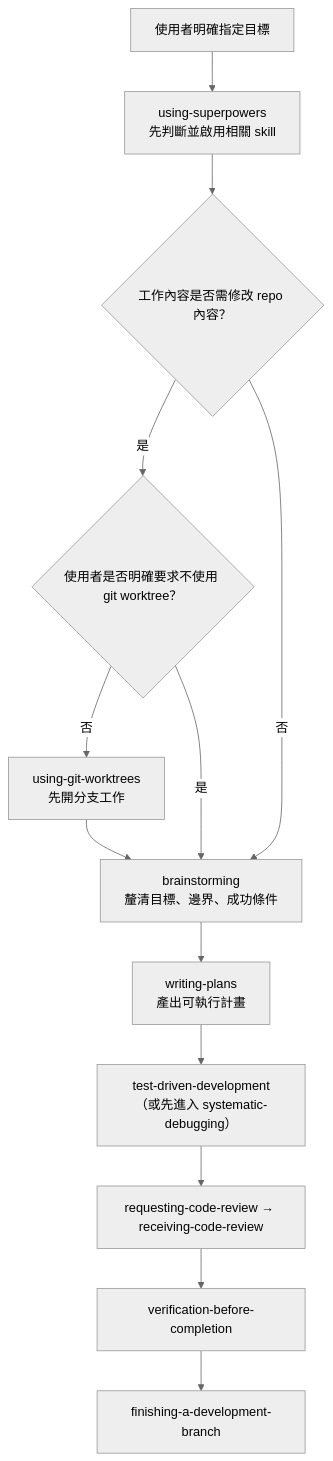
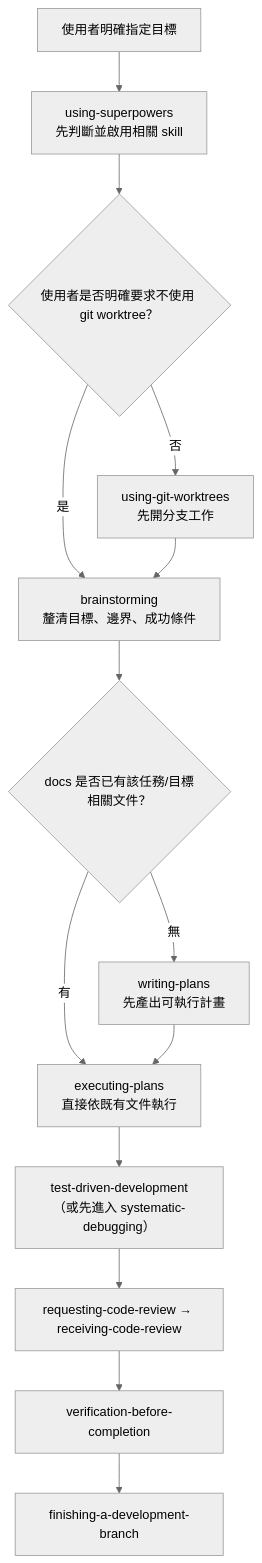
The first of 2 diagrams in AGENTS.md (wusung/0ops), drawn with Mermaid (neutral theme) before and after one commit. The commit also changed other lines of this file, not shown here.

Commit message:
docs: align mandatory loop with executing-plans flow

````diff
--- a/AGENTS.md
+++ b/AGENTS.md
@@ -30,15 +30,16 @@
 ```mermaid
 flowchart TD
     A["使用者明確指定目標"] --> B["using-superpowers<br/>先判斷並啟用相關 skill"]
-    B --> C{"工作內容是否需修改 repo 內容？"}
-    C -->|是| D{"使用者是否明確要求不使用 git worktree？"}
-    D -->|否| E["using-git-worktrees<br/>先開分支工作"]
-    D -->|是| F["brainstorming<br/>釐清目標、邊界、成功條件"]
-    C -->|否| F
-    E --> F
-    F --> G["writing-plans<br/>產出可執行計畫"]
-    G --> H["test-driven-development<br/>（或先進入 systematic-debugging）"]
-    H --> I["requesting-code-review → receiving-code-review"]
-    I --> J["verification-before-completion"]
-    J --> K["finishing-a-development-branch"]
+    B --> C{"使用者是否明確要求不使用 git worktree？"}
+    C -->|否| D["using-git-worktrees<br/>先開分支工作"]
+    C -->|是| E["brainstorming<br/>釐清目標、邊界、成功條件"]
+    D --> E
+    E --> F{"docs 是否已有該任務/目標相關文件？"}
+    F -->|有| G["executing-plans<br/>直接依既有文件執行"]
+    F -->|無| H["writing-plans<br/>先產出可執行計畫"]
+    H --> G
+    G --> I["test-driven-development<br/>（或先進入 systematic-debugging）"]
+    I --> J["requesting-code-review → receiving-code-review"]
+    J --> K["verification-before-completion"]
+    K --> L["finishing-a-development-branch"]
 ```
````
